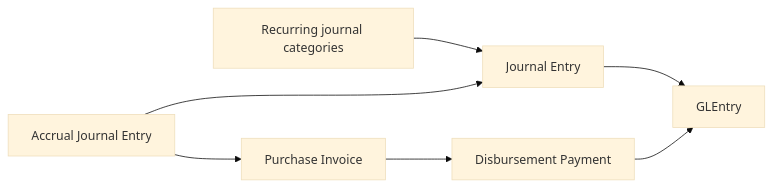
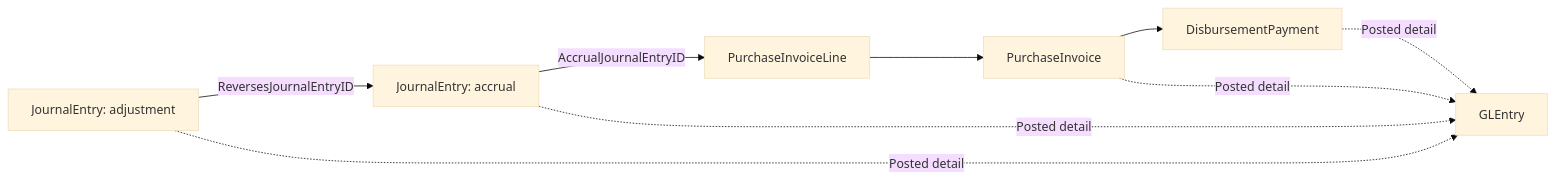
One commit to mmcodesso/CharlesRiver_Database changed the first of 4 diagrams in docs/processes/manual-journals-and-close.md. Above: the diagram before and after it, drawn with Mermaid (base theme). The commit also changed other lines of this file and 191 other files, not shown here.

````diff
--- a/docs/processes/manual-journals-and-close.md
+++ b/docs/processes/manual-journals-and-close.md
@@ -68,13 +82,11 @@
 ```mermaid
 flowchart LR
-    RC[Recurring journal categories]
-    JE[Journal Entry]
-    GL[GLEntry]
-    AC[Accrual Journal Entry]
-    PI[Purchase Invoice]
-    DP[Disbursement Payment]
-
-    RC --> JE --> GL
-    AC --> JE
-    AC --> PI --> DP --> GL
+    EST[JournalEntry: accrual] -->|AccrualJournalEntryID| LINE[PurchaseInvoiceLine]
+    LINE --> BILL[PurchaseInvoice]
+    BILL --> PAY[DisbursementPayment]
+    ADJ[JournalEntry: adjustment] -->|ReversesJournalEntryID| EST
+    EST -. Posted detail .-> GL[GLEntry]
+    BILL -. Posted detail .-> GL
+    ADJ -. Posted detail .-> GL
+    PAY -. Posted detail .-> GL
 ```
````
